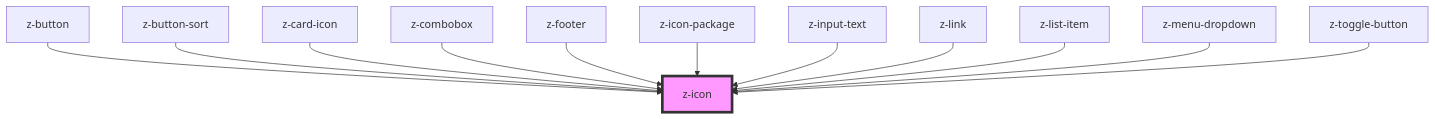
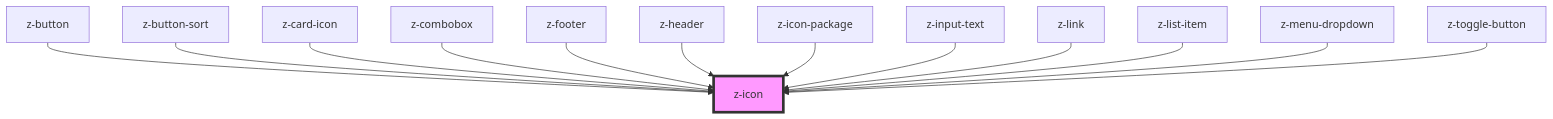
The diagram in web-components-library/src/components/z-icon/readme.md (ZanichelliEditore/design-system), drawn with Mermaid before and after one commit. The commit also changed other lines of this file and 12 other files, not shown here.

````diff
--- a/web-components-library/src/components/z-icon/readme.md
+++ b/web-components-library/src/components/z-icon/readme.md
@@ -35,15 +36,16 @@
 ```mermaid
 graph TD;
   z-button --> z-icon
   z-button-sort --> z-icon
   z-card-icon --> z-icon
   z-combobox --> z-icon
   z-footer --> z-icon
+  z-header --> z-icon
   z-icon-package --> z-icon
   z-input-text --> z-icon
   z-link --> z-icon
   z-list-item --> z-icon
   z-menu-dropdown --> z-icon
   z-toggle-button --> z-icon
   style z-icon fill:#f9f,stroke:#333,stroke-width:4px
 ```
````
